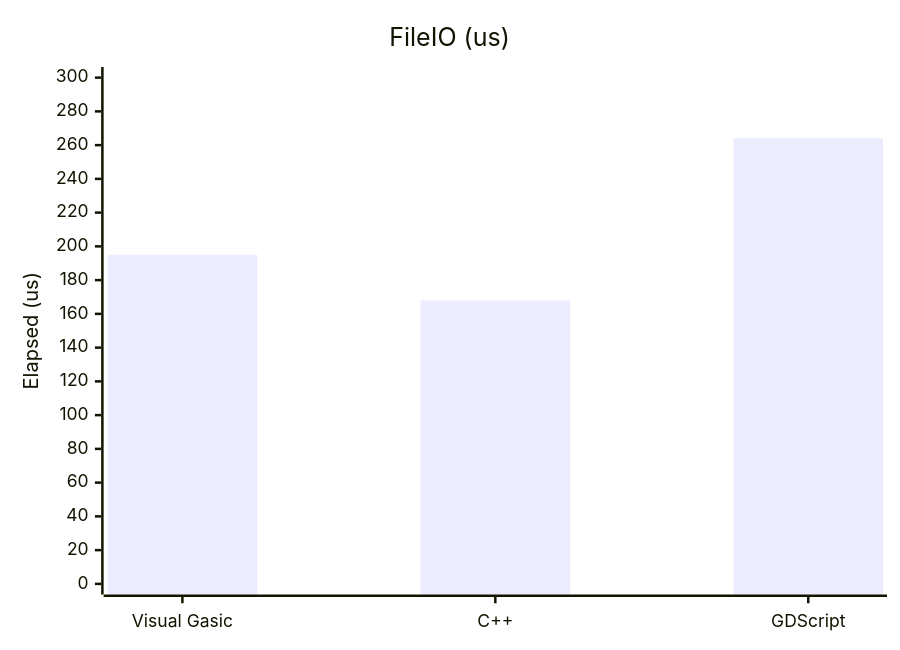
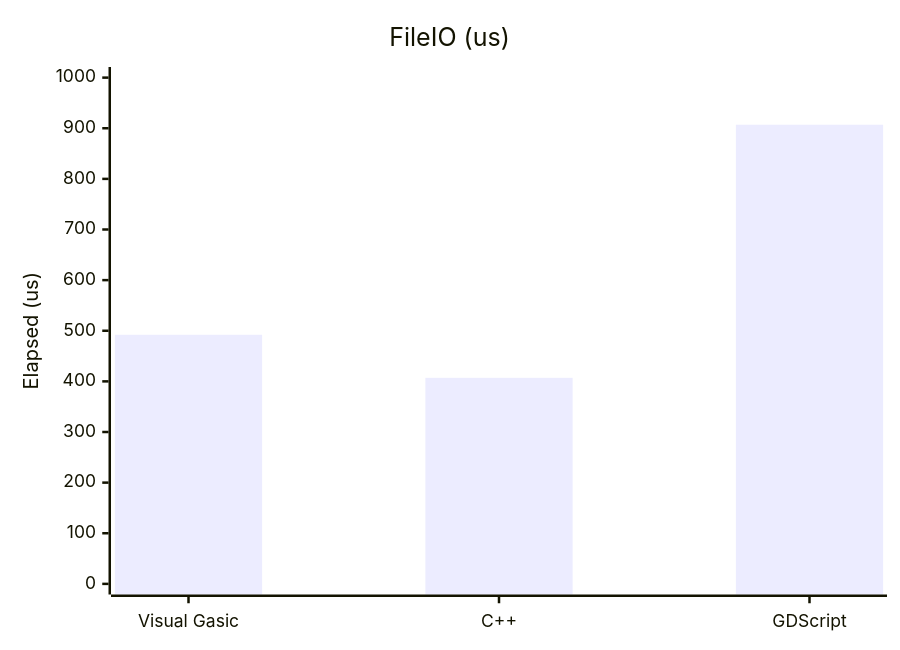
The tenth of 10 diagrams in docs/manual/performance.md (xgreenrx-star/VisualGasic), drawn with Mermaid before and after one commit. The commit also changed other lines of this file and 5 other files, not shown here.

````diff
--- a/docs/manual/performance.md
+++ b/docs/manual/performance.md
@@ -141,7 +146,7 @@
 ```mermaid
 xychart-beta
     title "FileIO (us)"
     x-axis ["Visual Gasic","C++","GDScript"]
-    y-axis "Elapsed (us)" 0 --> 300
-    bar [195,168,264]
+    y-axis "Elapsed (us)" 0 --> 1000
+    bar [492,407,907]
 ```
````
